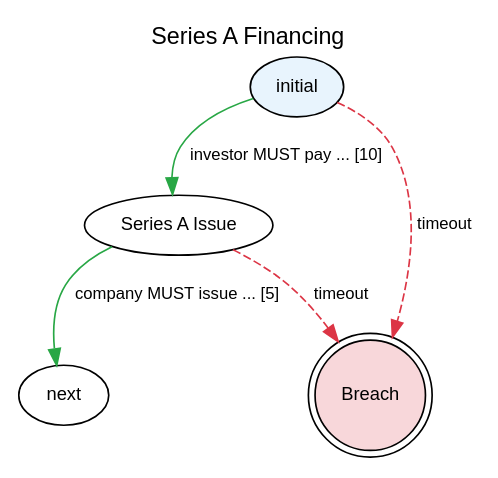
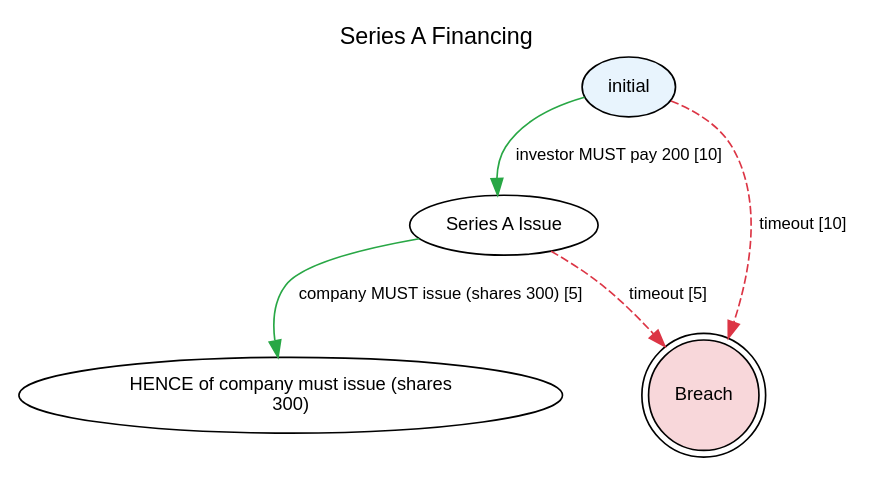
The diagram in jl4/examples/state-graphs/SeriesAFinancing.dot (legalese/l4-ide), drawn with Graphviz before and after one commit. The commit also changed 93 other files, not shown here.

```diff
--- a/jl4/examples/state-graphs/SeriesAFinancing.dot
+++ b/jl4/examples/state-graphs/SeriesAFinancing.dot
@@ -1,43 +1,43 @@
 digraph {
     graph [rankdir=TB
           ,label="Series A Financing"
           ,labelloc=t
           ,fontname=Helvetica
           ,fontsize=14];
     node [fontname=Helvetica
          ,fontsize=11];
     edge [fontname=Helvetica
          ,fontsize=10];
     0 [label=initial
       ,fillcolor=white
       ,style=filled
       ,shape=ellipse
       ,fillcolor="#e8f4fd"];
     1 [label="Series A Issue"
       ,fillcolor=white
       ,style=filled
       ,shape=ellipse
       ,fillcolor="#ffffff"];
-    2 [label=next
+    2 [label="HENCE of company must issue (shares\n300)"
       ,fillcolor=white
       ,style=filled
       ,shape=ellipse
       ,fillcolor="#ffffff"];
     3 [label=Breach
       ,fillcolor=white
       ,style=filled
       ,shape=doublecircle
       ,fillcolor="#f8d7da"];
-    0 -> 1 [label="investor MUST pay ... [10]"
+    0 -> 1 [label="investor MUST pay 200 [10]"
            ,color="#28a745"
            ,style=solid];
-    0 -> 3 [label=timeout
+    0 -> 3 [label="timeout [10]"
            ,color="#dc3545"
            ,style=dashed];
-    1 -> 2 [label="company MUST issue ... [5]"
+    1 -> 2 [label="company MUST issue (shares 300) [5]"
            ,color="#28a745"
            ,style=solid];
-    1 -> 3 [label=timeout
+    1 -> 3 [label="timeout [5]"
            ,color="#dc3545"
            ,style=dashed];
 }
```
